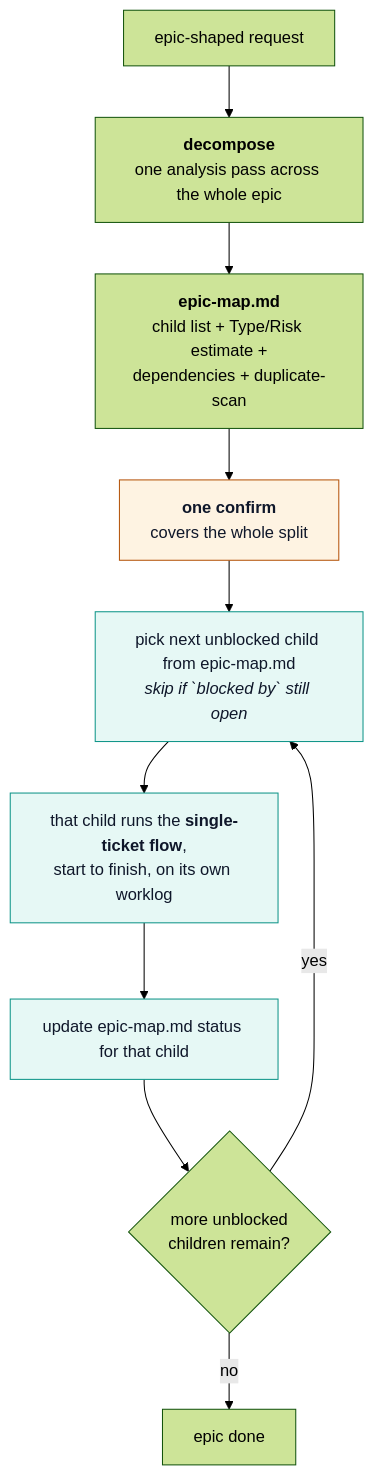
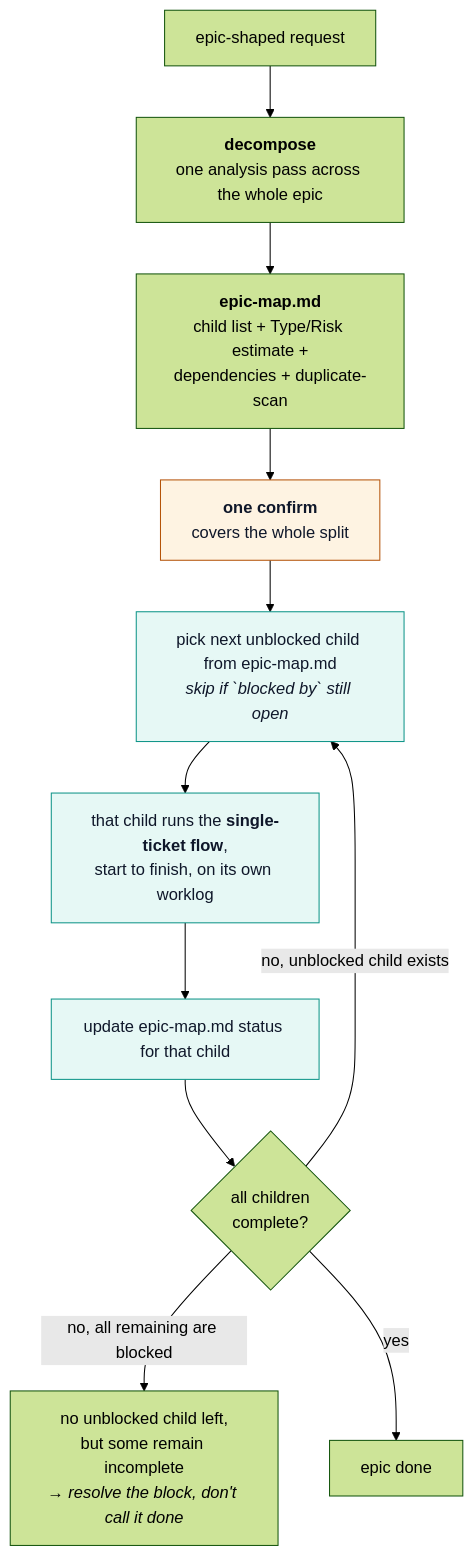
One commit to ninhlee99/dev-workflow changed the diagram in docs/USER-GUIDE.md. Above: the diagram before and after it, drawn with Mermaid (forest theme). The commit also changed 9 other files, not shown here.

````diff
--- a/docs/USER-GUIDE.md
+++ b/docs/USER-GUIDE.md
@@ -111,21 +111,23 @@
 ```mermaid
 flowchart TD
     req["epic-shaped request"]
     decompose["<b>decompose</b><br/>one analysis pass across the whole epic"]
     map["<b>epic-map.md</b><br/>child list + Type/Risk estimate +<br/>dependencies + duplicate-scan"]
     confirm["<b>one confirm</b><br/>covers the whole split"]
     pick["pick next unblocked child from epic-map.md<br/><i>skip if `blocked by` still open</i>"]
     childflow["that child runs the <b>single-ticket flow</b>,<br/>start to finish, on its own worklog"]
     update["update epic-map.md status for that child"]
-    more{"more unblocked<br/>children remain?"}
+    more{"all children<br/>complete?"}
+    stuck["no unblocked child left,<br/>but some remain incomplete<br/><i>→ resolve the block, don't call it done</i>"]
     done["epic done"]
 
     req --> decompose --> map --> confirm --> pick --> childflow --> update --> more
-    more -- yes --> pick
-    more -- no --> done
+    more -- no, unblocked child exists --> pick
+    more -- no, all remaining are blocked --> stuck
+    more -- yes --> done
 
     classDef gate fill:#fef3e2,stroke:#b45309,color:#0f172a;
     classDef loop fill:#e6f8f5,stroke:#0d9488,color:#0f172a;
     class confirm gate
     class pick,childflow,update loop
 ```
````
